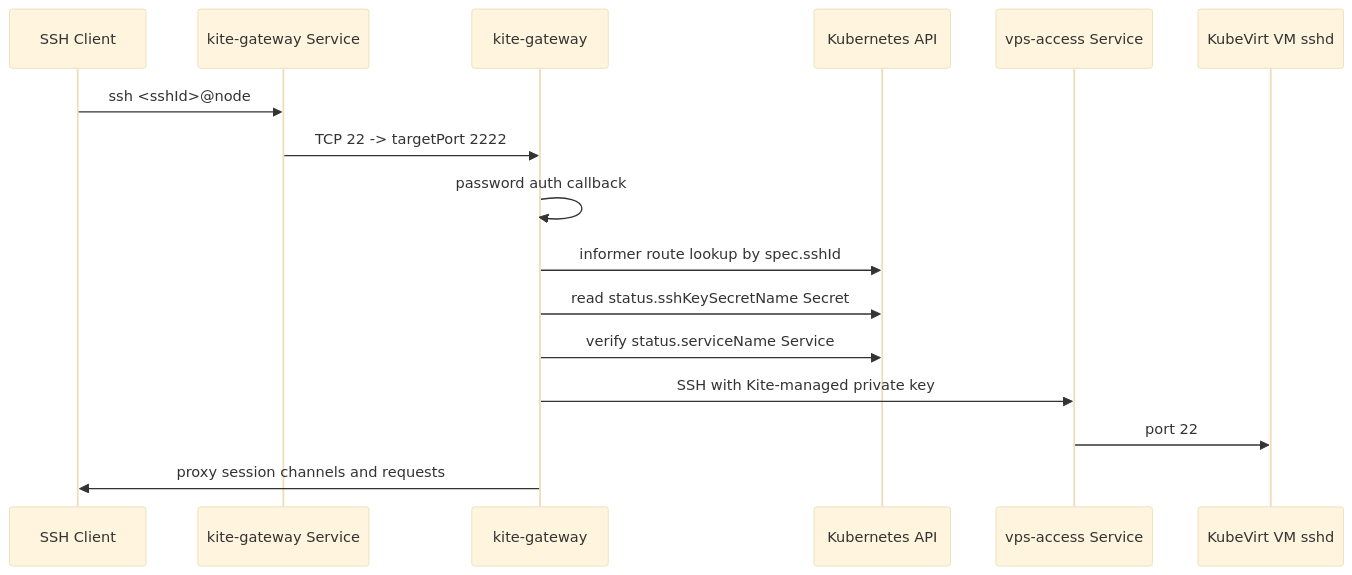
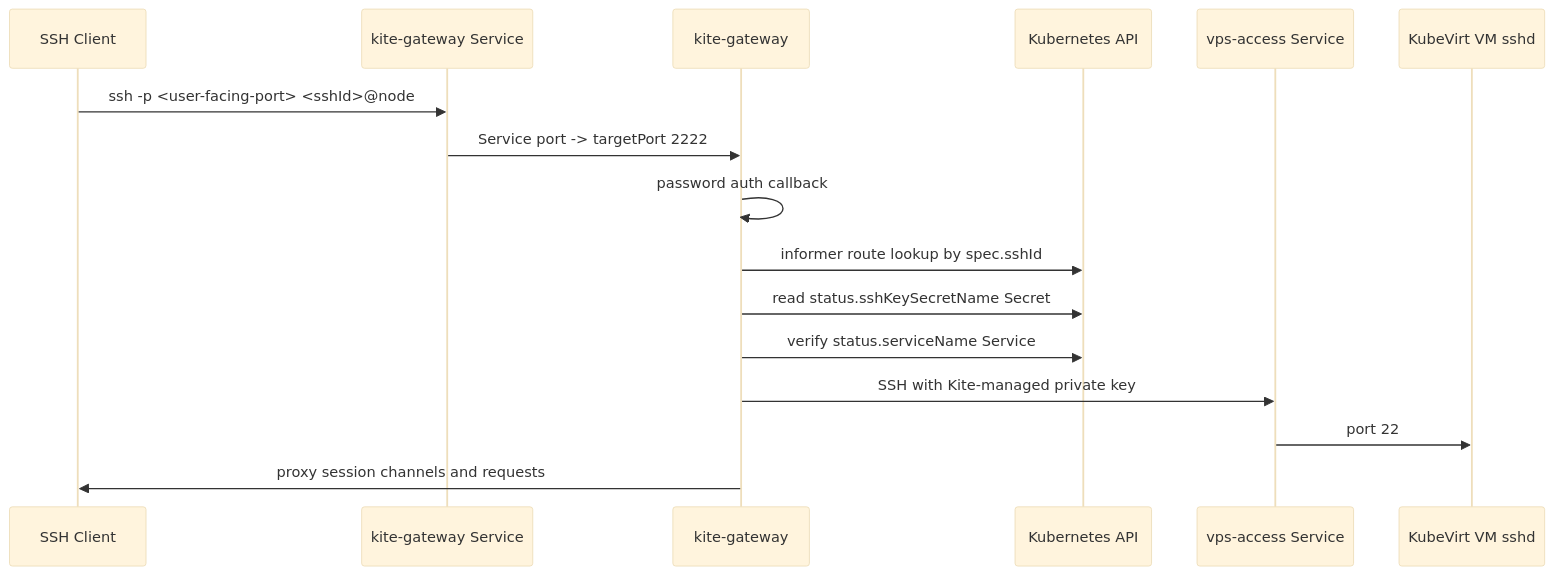
The diagram in kite/cmd/kite-gateway/Readme.md (Hy3ons/KiteVirtualMachines), drawn with Mermaid (base theme) before and after one commit. The commit also changed other lines of this file and 62 other files, not shown here.

````diff
--- a/kite/cmd/kite-gateway/Readme.md
+++ b/kite/cmd/kite-gateway/Readme.md
@@ -8,19 +9,19 @@
 ```mermaid
 sequenceDiagram
     participant Client as SSH Client
     participant Service as kite-gateway Service
     participant Control as kite-gateway
     participant K8s as Kubernetes API
     participant VMService as vps-access Service
     participant VM as KubeVirt VM sshd
 
-    Client->>Service: ssh <sshId>@node
-    Service->>Control: TCP 22 -> targetPort 2222
+    Client->>Service: ssh -p <user-facing-port> <sshId>@node
+    Service->>Control: Service port -> targetPort 2222
     Control->>Control: password auth callback
     Control->>K8s: informer route lookup by spec.sshId
     Control->>K8s: read status.sshKeySecretName Secret
     Control->>K8s: verify status.serviceName Service
     Control->>VMService: SSH with Kite-managed private key
     VMService->>VM: port 22
     Control->>Client: proxy session channels and requests
 ```
````
